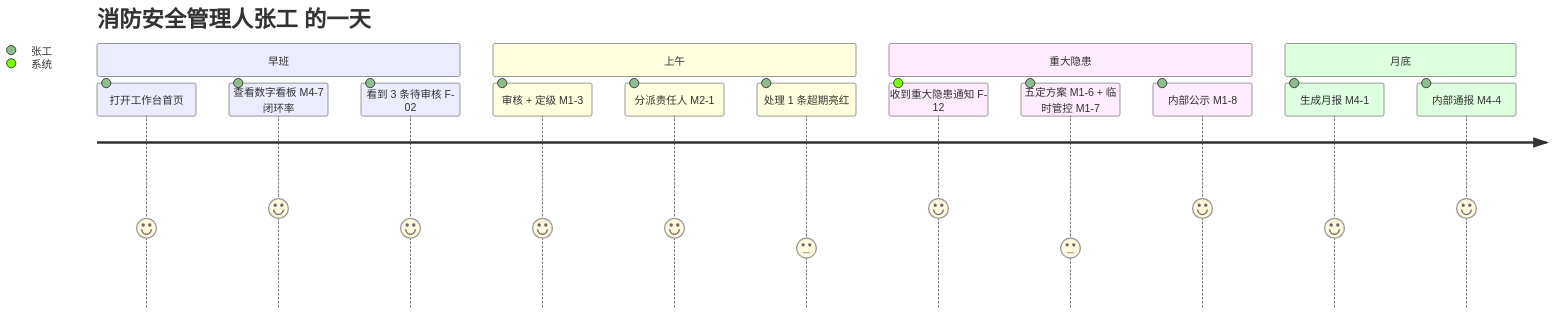
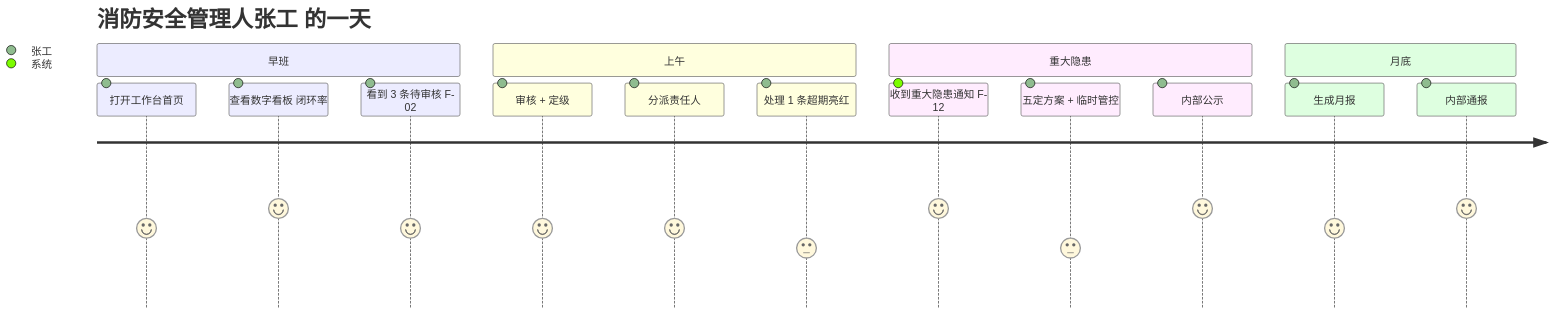
The sixth of 8 diagrams in docs/隐患管理/biz-design-大纲.md (LiSunny/SaaS_Demo), drawn with Mermaid before and after one commit. The commit also changed other lines of this file and 2 other files, not shown here.

````diff
--- a/docs/隐患管理/biz-design-大纲.md
+++ b/docs/隐患管理/biz-design-大纲.md
@@ -503,19 +482,19 @@
 ```mermaid
 journey
     title 消防安全管理人张工 的一天
     section 早班
       打开工作台首页: 4: 张工
-      查看数字看板 M4-7 闭环率: 5: 张工
+      查看数字看板 闭环率: 5: 张工
       看到 3 条待审核 F-02: 4: 张工
     section 上午
-      审核 + 定级 M1-3: 4: 张工
-      分派责任人 M2-1: 4: 张工
+      审核 + 定级: 4: 张工
+      分派责任人: 4: 张工
       处理 1 条超期亮红: 3: 张工
     section 重大隐患
       收到重大隐患通知 F-12: 5: 系统
-      五定方案 M1-6 + 临时管控 M1-7: 3: 张工
-      内部公示 M1-8: 5: 张工
+      五定方案 + 临时管控: 3: 张工
+      内部公示: 5: 张工
     section 月底
-      生成月报 M4-1: 4: 张工
-      内部通报 M4-4: 5: 张工
+      生成月报: 4: 张工
+      内部通报: 5: 张工
 ```
````
